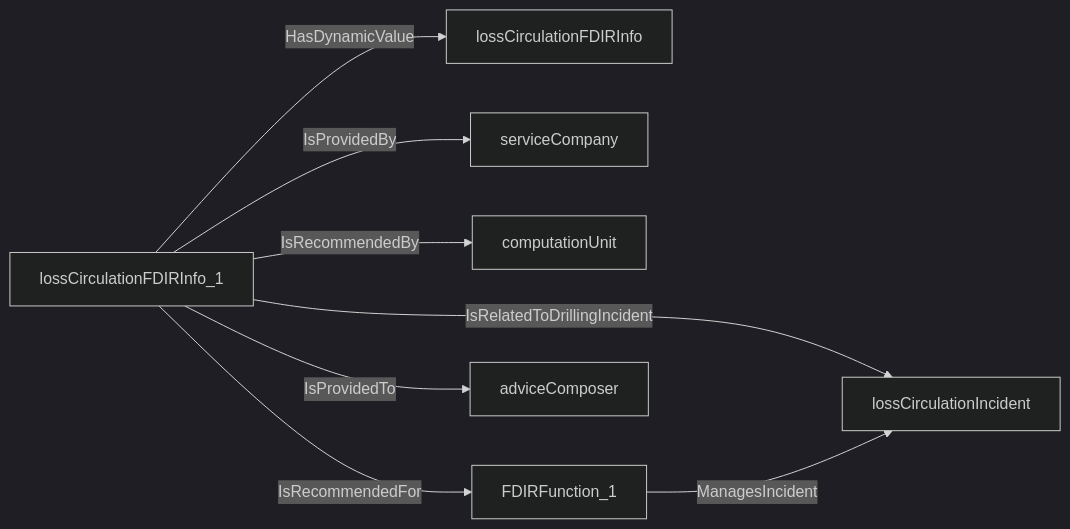
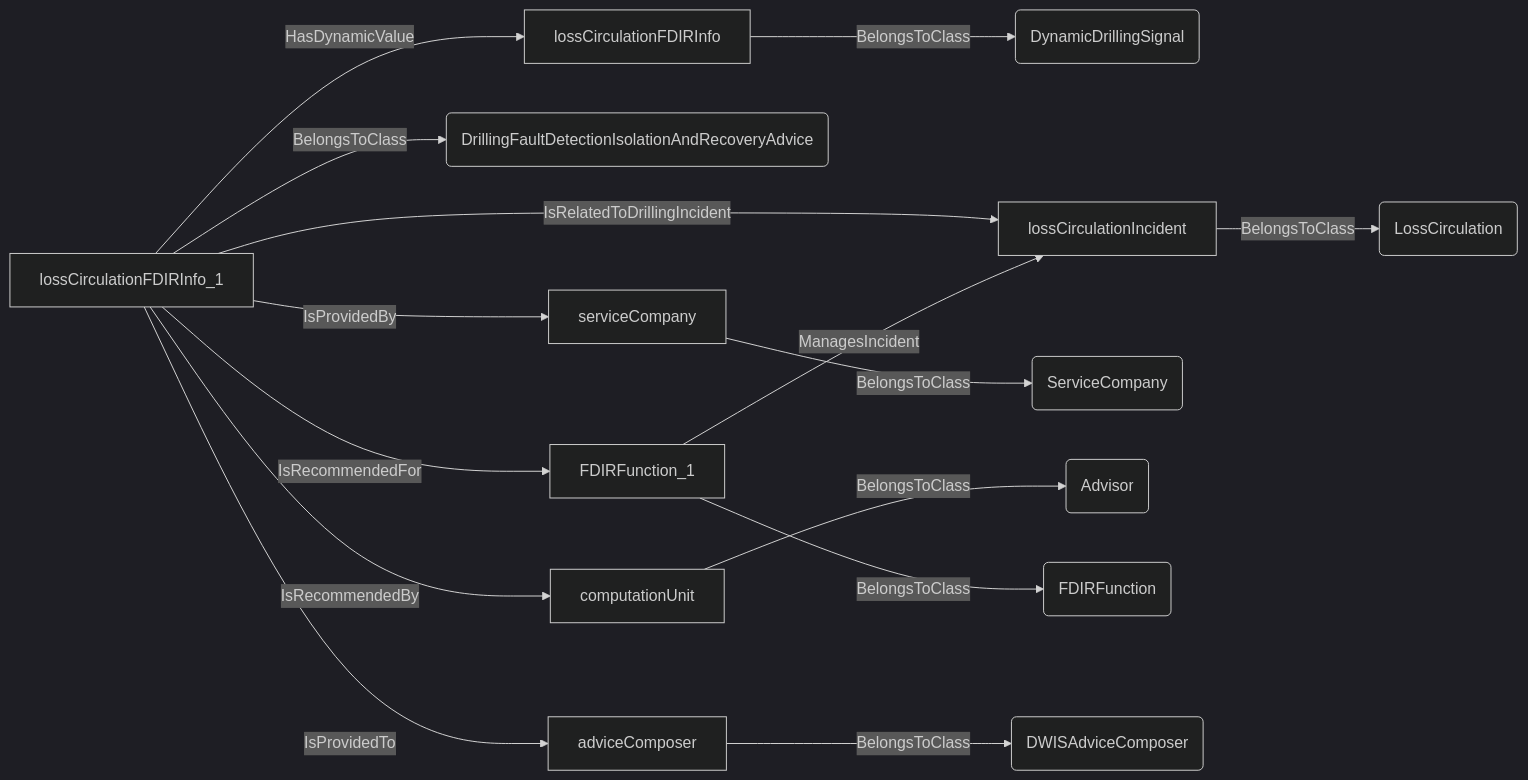
Before and after one commit to D-WIS/DDHub-Semantic-Interoperability: the seventh of 17 diagrams in docs/vocabulary_development/auto-generated/md/definition-files/DrillingIncident.md, drawn with Mermaid (dark theme). The commit also changed other lines of this file and 14 other files, not shown here.

````diff
--- a/docs/vocabulary_development/auto-generated/md/definition-files/DrillingIncident.md
+++ b/docs/vocabulary_development/auto-generated/md/definition-files/DrillingIncident.md
@@ -378,10 +448,17 @@
 ```mermaid
 graph LR
-	N0000[lossCirculationFDIRInfo_1] -->|HasDynamicValue| N0001[lossCirculationFDIRInfo] 
-	N0000[lossCirculationFDIRInfo_1] -->|IsRelatedToDrillingIncident| N0002[lossCirculationIncident] 
-	N0000[lossCirculationFDIRInfo_1] -->|IsProvidedBy| N0003[serviceCompany] 
-	N0000[lossCirculationFDIRInfo_1] -->|IsRecommendedBy| N0004[computationUnit] 
-	N0005[FDIRFunction_1] -->|ManagesIncident| N0002[lossCirculationIncident] 
-	N0000[lossCirculationFDIRInfo_1] -->|IsRecommendedFor| N0005[FDIRFunction_1] 
-	N0000[lossCirculationFDIRInfo_1] -->|IsProvidedTo| N0006[adviceComposer] 
+	N0000[lossCirculationFDIRInfo] -->|BelongsToClass| N0001(DynamicDrillingSignal) 
+	N0002[lossCirculationFDIRInfo_1] -->|BelongsToClass| N0003(DrillingFaultDetectionIsolationAndRecoveryAdvice) 
+	N0002[lossCirculationFDIRInfo_1] -->|HasDynamicValue| N0000[lossCirculationFDIRInfo] 
+	N0004[lossCirculationIncident] -->|BelongsToClass| N0005(LossCirculation) 
+	N0002[lossCirculationFDIRInfo_1] -->|IsRelatedToDrillingIncident| N0004[lossCirculationIncident] 
+	N0006[serviceCompany] -->|BelongsToClass| N0007(ServiceCompany) 
+	N0002[lossCirculationFDIRInfo_1] -->|IsProvidedBy| N0006[serviceCompany] 
+	N0008[computationUnit] -->|BelongsToClass| N0009(Advisor) 
+	N0002[lossCirculationFDIRInfo_1] -->|IsRecommendedBy| N0008[computationUnit] 
+	N0010[FDIRFunction_1] -->|BelongsToClass| N0011(FDIRFunction) 
+	N0010[FDIRFunction_1] -->|ManagesIncident| N0004[lossCirculationIncident] 
+	N0002[lossCirculationFDIRInfo_1] -->|IsRecommendedFor| N0010[FDIRFunction_1] 
+	N0012[adviceComposer] -->|BelongsToClass| N0013(DWISAdviceComposer) 
+	N0002[lossCirculationFDIRInfo_1] -->|IsProvidedTo| N0012[adviceComposer] 
 ```
````
